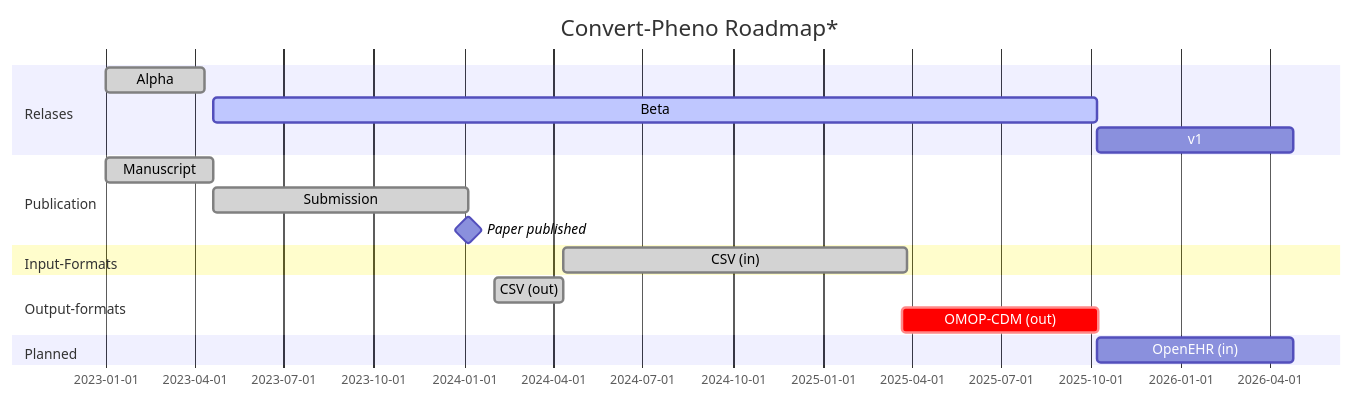
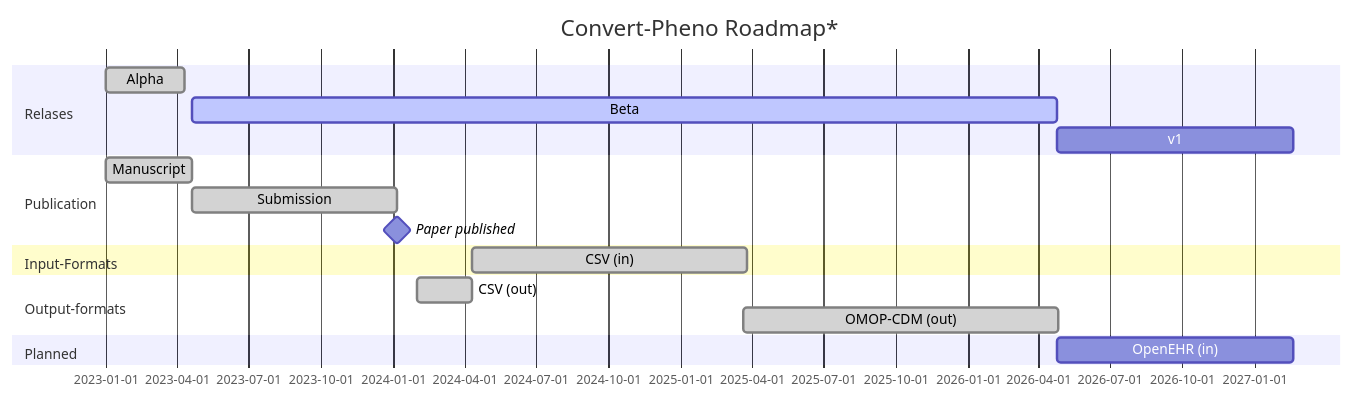
The diagram in docs/future-plans.md (CNAG-Biomedical-Informatics/convert-pheno), drawn with Mermaid before and after one commit. The commit also changed 9 other files, not shown here.

````diff
--- a/docs/future-plans.md
+++ b/docs/future-plans.md
@@ -1,25 +1,25 @@
 ```mermaid
   gantt
     title Convert-Pheno Roadmap*
     dateFormat  YYYY-MM-DD
 
     section Relases
     Alpha                     :done,      r1, 2023-01-01, 100d
-    Beta                      :active,    r2, after m1, 900d
-    v1                        :           r3, after r2, 200d
+    Beta                      :active,    r2, after m1, 1100d
+    v1                        :           r3, after r2, 300d
 
     section Publication
     Manuscript                :done,      m1, 2023-01-01, 110d
     Submission                :done,      m2, after m1, 260d
     Paper published           :milestone, after m2, 0d
 
     section Input-Formats
     CSV (in)        :done, f1, after f0,   350d
 
     section Output-formats
     CSV (out)       :done, f0, 2024-02-01, 70d
-    OMOP-CDM (out)  :crit,     f2, 2025-03-22, 200d
+    OMOP-CDM (out)  :done,     f2, 2025-03-22, 400d
 
     section Planned
-    OpenEHR (in)    :          f3, after r2,   200d
+    OpenEHR (in)    :          f3, after r2,   300d
 ```
````
